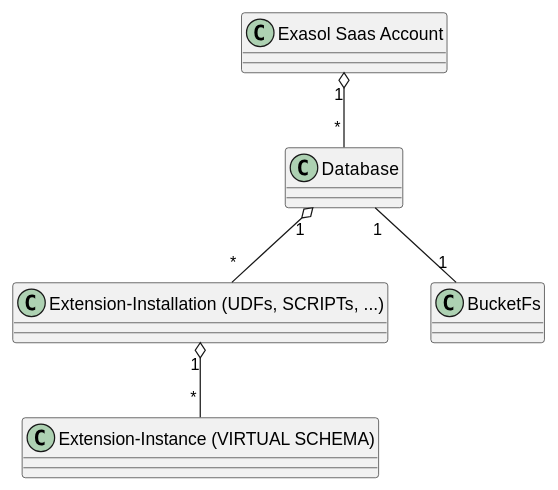
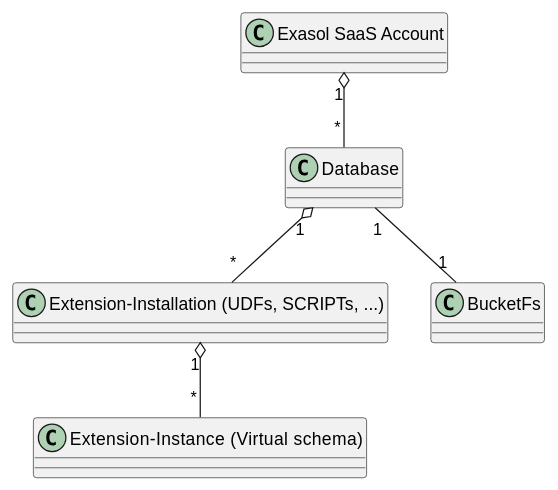
Before and after one commit to exasol/extension-manager: the eighth of 9 diagrams in doc/design/design.md, drawn with PlantUML. The commit also changed other lines of this file, not shown here.

````diff
--- a/doc/design/design.md
+++ b/doc/design/design.md
@@ -317,10 +366,12 @@
 ```plantuml
-class Account as "Exasol Saas Account"
+@startuml
+class Account as "Exasol SaaS Account"
 class Database
 class Installation as "Extension-Installation (UDFs, SCRIPTs, ...)"
-class Instance as "Extension-Instance (VIRTUAL SCHEMA)"
+class Instance as "Extension-Instance (Virtual schema)"
 Account "1" o-- "*" Database
 Database "1" o-- "*" Installation
 Database "1" -- "1" BucketFs
 Installation "1" o-- "*" Instance
+@enduml
 ```
````
